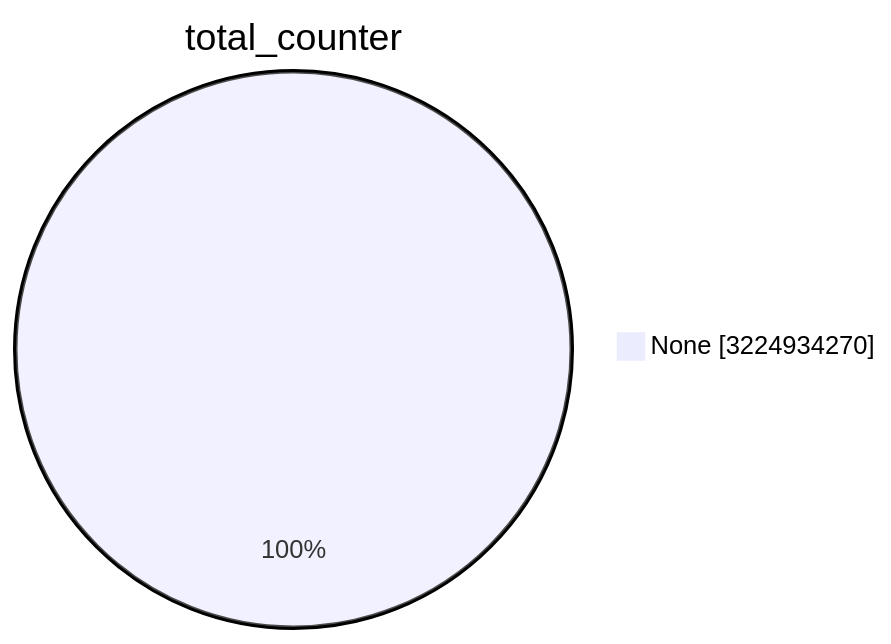
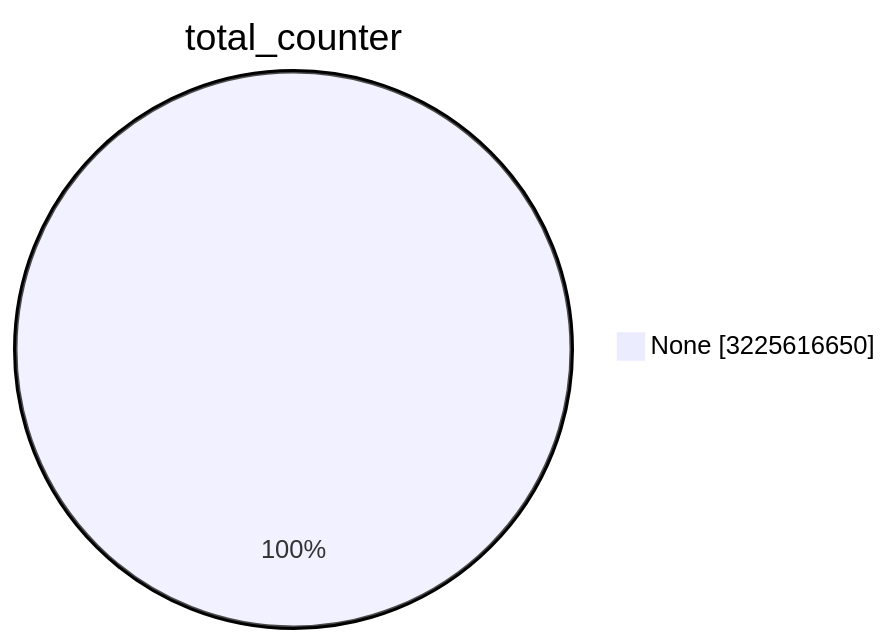
The first of 15 diagrams in TOTAL/README.md (christiankrug/ctmonitor_visualization), drawn with Mermaid before and after one commit. The commit also changed other lines of this file, not shown here.

````diff
--- a/TOTAL/README.md
+++ b/TOTAL/README.md
@@ -1,5 +1,5 @@
 ```mermaid
 pie showData
 title total_counter
-"None" :3224934270
+"None" :3225616650
 ```
````
